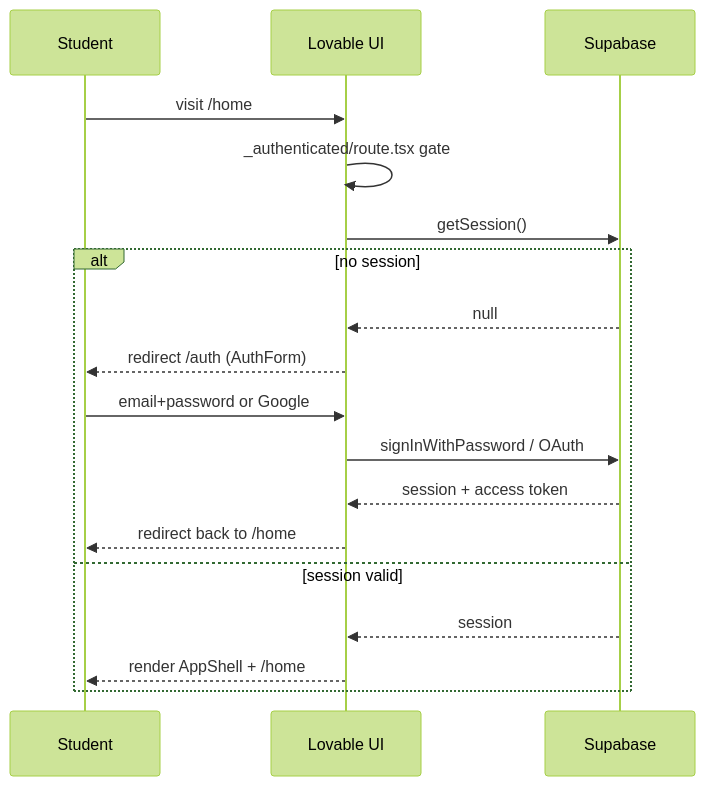
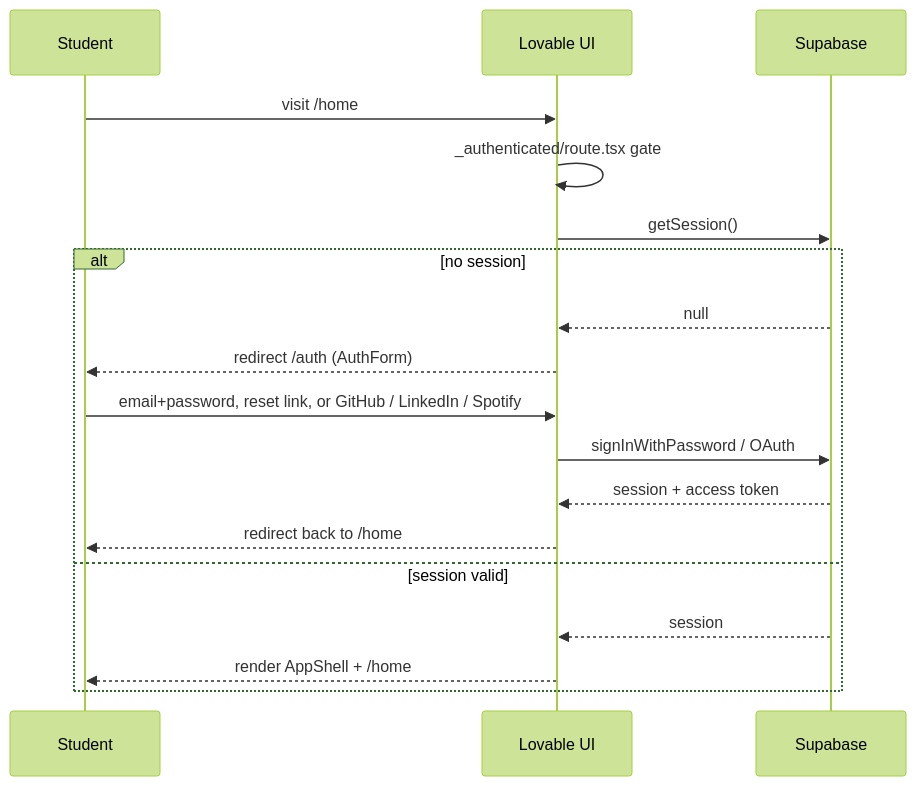
One commit to keyshavmor/study-swiss-star changed the second of 14 diagrams in docs/USER_FLOWS.md. Above: the diagram before and after it, drawn with Mermaid (forest theme). The commit also changed other lines of this file and 12 other files, not shown here.

````diff
--- a/docs/USER_FLOWS.md
+++ b/docs/USER_FLOWS.md
@@ -34,20 +34,20 @@
 ```mermaid
 sequenceDiagram
     participant Student
     participant UI as Lovable UI
     participant SB as Supabase
     Student->>UI: visit /home
     UI->>UI: _authenticated/route.tsx gate
     UI->>SB: getSession()
     alt no session
         SB-->>UI: null
         UI-->>Student: redirect /auth (AuthForm)
-        Student->>UI: email+password or Google
+        Student->>UI: email+password, reset link, or GitHub / LinkedIn / Spotify
         UI->>SB: signInWithPassword / OAuth
         SB-->>UI: session + access token
         UI-->>Student: redirect back to /home
     else session valid
         SB-->>UI: session
         UI-->>Student: render AppShell + /home
     end
 ```
````
